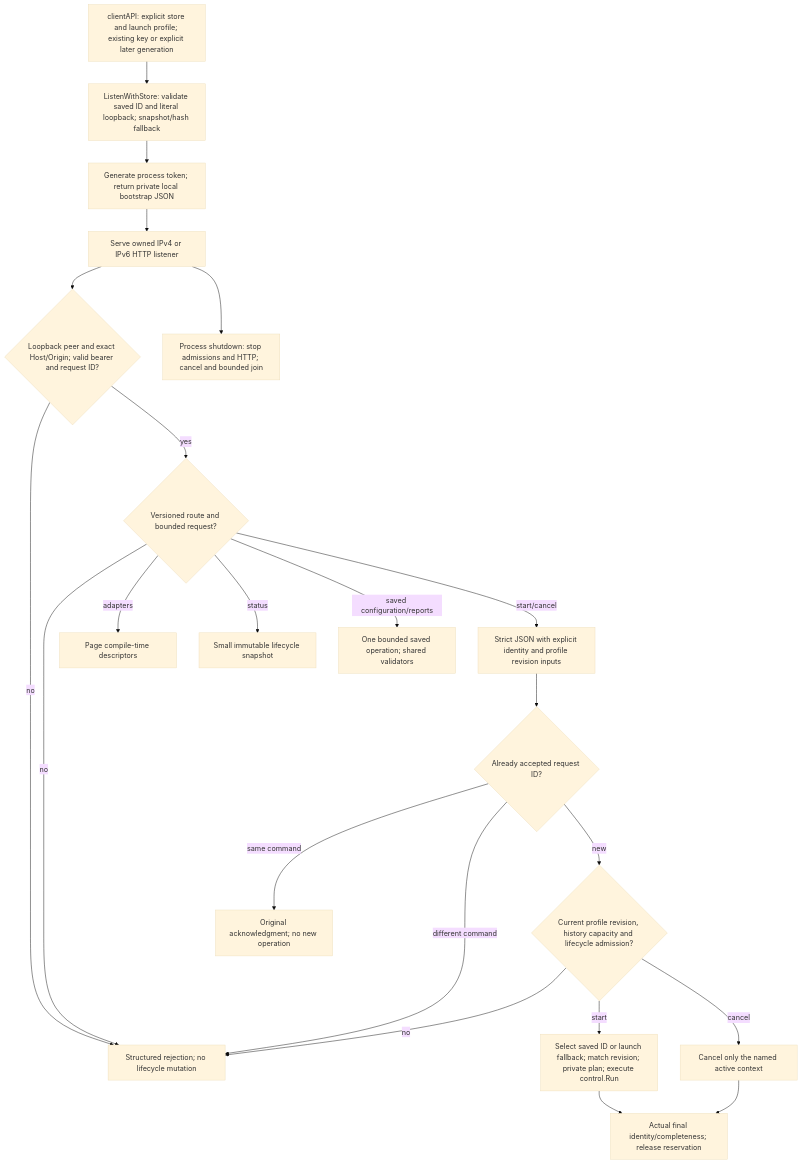
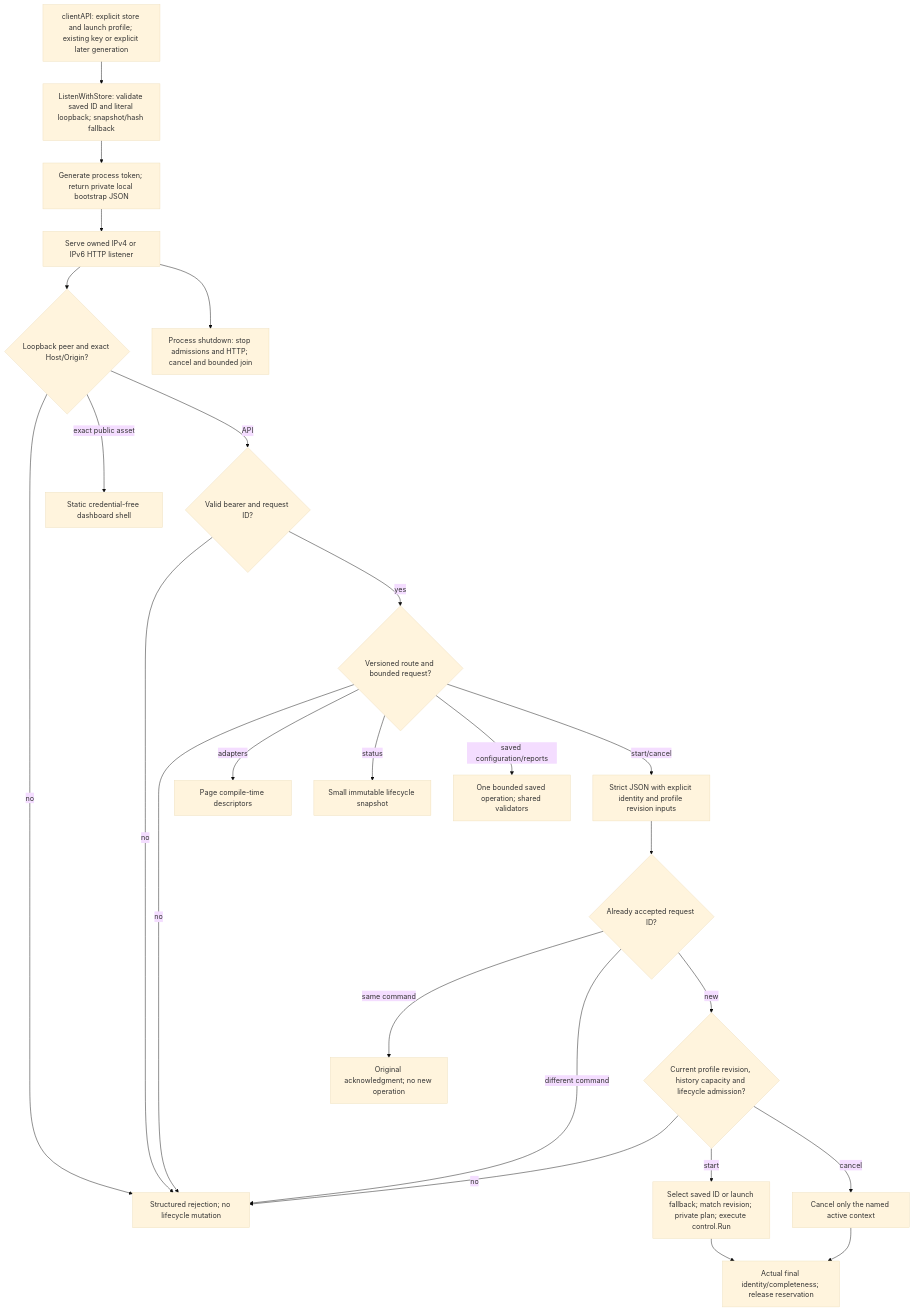
Before and after one commit to rashidbestry/sneaky-port: the second of 18 diagrams in FLOWCHART.md, drawn with Mermaid (base theme). The commit also changed other lines of this file and 15 other files, not shown here.

````diff
--- a/FLOWCHART.md
+++ b/FLOWCHART.md
@@ -35,24 +35,27 @@
 ```mermaid
 flowchart TD
     A[clientAPI: explicit store and launch profile; existing key or explicit later generation] --> B[ListenWithStore: validate saved ID and literal loopback; snapshot/hash fallback]
     B --> C[Generate process token; return private local bootstrap JSON]
     C --> D[Serve owned IPv4 or IPv6 HTTP listener]
-    D --> E{Loopback peer and exact Host/Origin; valid bearer and request ID?}
-    E -->|no| X[Structured rejection; no lifecycle mutation]
+    D --> S{Loopback peer and exact Host/Origin?}
+    S -->|no| X[Structured rejection; no lifecycle mutation]
+    S -->|exact public asset| T[Static credential-free dashboard shell]
+    S -->|API| E{Valid bearer and request ID?}
+    E -->|no| X
     E -->|yes| F{Versioned route and bounded request?}
     F -->|no| X
     F -->|adapters| G[Page compile-time descriptors]
     F -->|status| H[Small immutable lifecycle snapshot]
     F -->|saved configuration/reports| Q[One bounded saved operation; shared validators]
     F -->|start/cancel| I[Strict JSON with explicit identity and profile revision inputs]
     I --> J{Already accepted request ID?}
     J -->|same command| K[Original acknowledgment; no new operation]
     J -->|different command| X
     J -->|new| L{Current profile revision, history capacity and lifecycle admission?}
     L -->|no| X
     L -->|start| M[Select saved ID or launch fallback; match revision; private plan; execute control.Run]
     L -->|cancel| N[Cancel only the named active context]
     M --> O[Actual final identity/completeness; release reservation]
     N --> O
     D --> P[Process shutdown: stop admissions and HTTP; cancel and bounded join]
 ```
````
